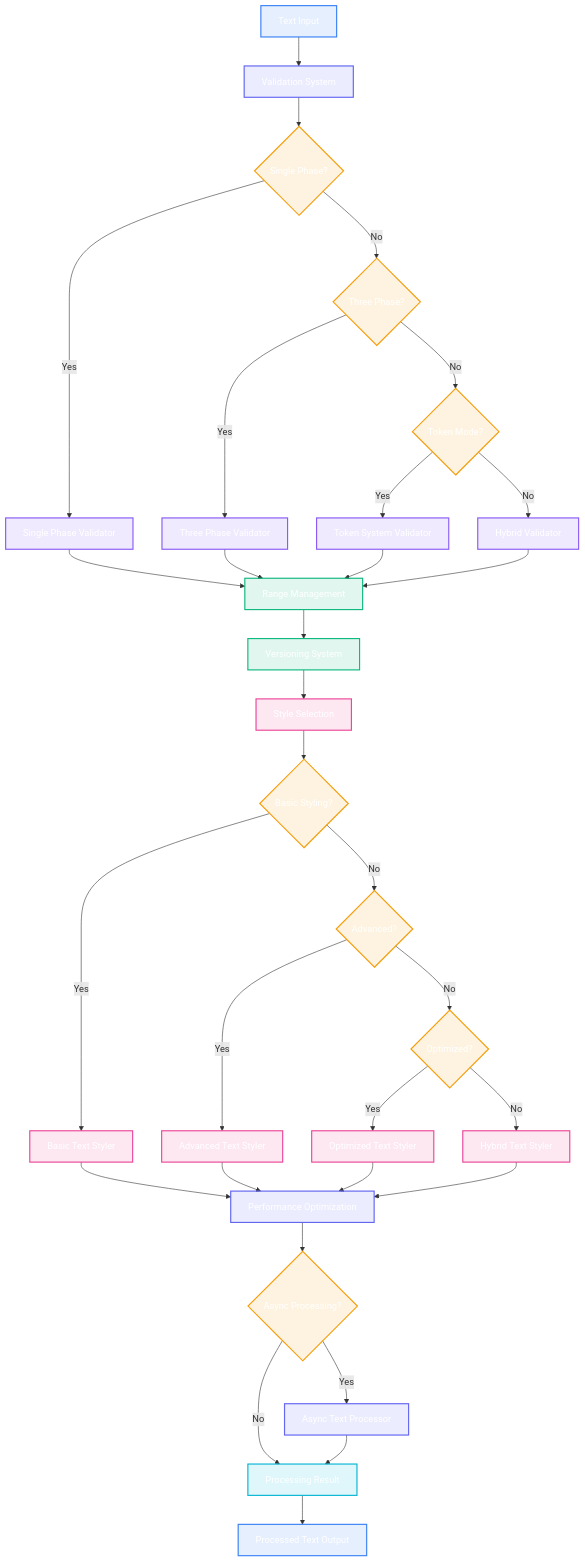
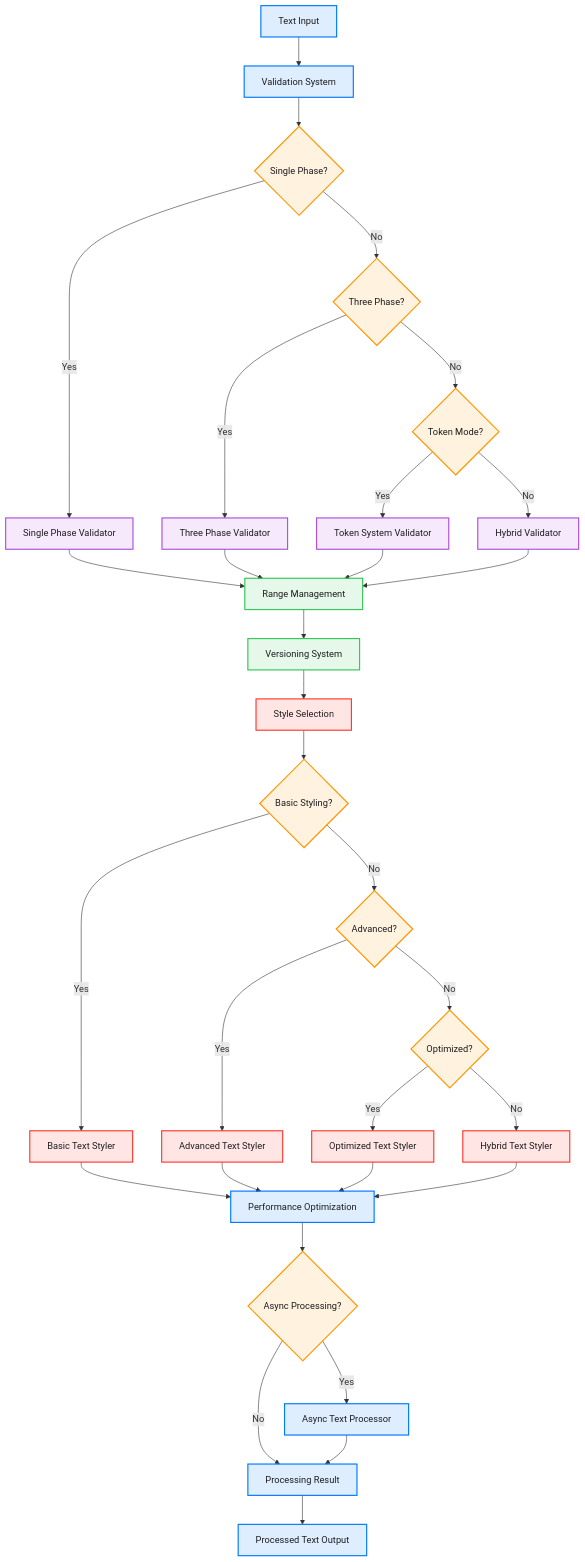
The second of 2 diagrams in Diagrams/17-advanced-text-processing-pipeline.md (ajmcclary/CodeEditorKit), drawn with Mermaid before and after one commit. The commit also changed other lines of this file and 25 other files, not shown here.

First line of the commit message:
Refactor diagram color schemes for dark mode compatibility and semantic clarity

````diff
--- a/Diagrams/17-advanced-text-processing-pipeline.md
+++ b/Diagrams/17-advanced-text-processing-pipeline.md
@@ -368,78 +368,78 @@
 ```mermaid
 flowchart TB
     INPUT[Text Input] --> VALIDATE[Validation System]
     
     VALIDATE --> SINGLE{Single Phase?}
     SINGLE -->|Yes| SINGLEV[Single Phase Validator]
     SINGLE -->|No| THREE{Three Phase?}
     
     THREE -->|Yes| THREEV[Three Phase Validator]
     THREE -->|No| TOKEN{Token Mode?}
     
     TOKEN -->|Yes| TOKENV[Token System Validator]
     TOKEN -->|No| HYBRID[Hybrid Validator]
     
     SINGLEV --> RANGE[Range Management]
     THREEV --> RANGE
     TOKENV --> RANGE
     HYBRID --> RANGE
     
     RANGE --> VERSION[Versioning System]
     VERSION --> STYLE[Style Selection]
     
     STYLE --> BASIC{Basic Styling?}
     BASIC -->|Yes| BASICS[Basic Text Styler]
     BASIC -->|No| ADVANCED{Advanced?}
     
     ADVANCED -->|Yes| ADVS[Advanced Text Styler]
     ADVANCED -->|No| OPTIM{Optimized?}
     
     OPTIM -->|Yes| OPTS[Optimized Text Styler]
     OPTIM -->|No| HYBS[Hybrid Text Styler]
     
     BASICS --> OPTIMIZE[Performance Optimization]
     ADVS --> OPTIMIZE
     OPTS --> OPTIMIZE
     HYBS --> OPTIMIZE
     
     OPTIMIZE --> ASYNC{Async Processing?}
     ASYNC -->|Yes| ASYNCP[Async Text Processor]
     ASYNC -->|No| RESULT[Processing Result]
     
     ASYNCP --> RESULT
     RESULT --> OUTPUT[Processed Text Output]
 
     %% Styling - Dark mode friendly colors
-    classDef input fill:#3b82f620,stroke:#3b82f6,stroke-width:2px,color:#fff
-    classDef process fill:#6366f120,stroke:#6366f1,stroke-width:2px,color:#fff
-    classDef decision fill:#f59e0b20,stroke:#f59e0b,stroke-width:2px,color:#fff
-    classDef validator fill:#8b5cf620,stroke:#8b5cf6,stroke-width:2px,color:#fff
-    classDef system fill:#10b98120,stroke:#10b981,stroke-width:2px,color:#fff
-    classDef styler fill:#ec489920,stroke:#ec4899,stroke-width:2px,color:#fff
-    classDef output fill:#06b6d420,stroke:#06b6d4,stroke-width:2px,color:#fff
+    classDef input fill:#007AFF20,stroke:#007AFF,stroke-width:2px,color:#1D1D1F
+    classDef process fill:#007AFF20,stroke:#007AFF,stroke-width:2px,color:#1D1D1F
+    classDef decision fill:#FF950020,stroke:#FF9500,stroke-width:2px,color:#1D1D1F
+    classDef validator fill:#AF52DE20,stroke:#AF52DE,stroke-width:2px,color:#1D1D1F
+    classDef system fill:#34C75920,stroke:#34C759,stroke-width:2px,color:#1D1D1F
+    classDef styler fill:#FF3B3020,stroke:#FF3B30,stroke-width:2px,color:#1D1D1F
+    classDef output fill:#007AFF20,stroke:#007AFF,stroke-width:2px,color:#1D1D1F
     
     class INPUT input
     class OUTPUT input
     class VALIDATE process
     class OPTIMIZE process
     class ASYNCP process
     class SINGLE decision
     class THREE decision
     class TOKEN decision
     class BASIC decision
     class ADVANCED decision
     class OPTIM decision
     class ASYNC decision
     class SINGLEV validator
     class THREEV validator
     class TOKENV validator
     class HYBRID validator
     class RANGE system
     class VERSION system
     class STYLE styler
     class BASICS styler
     class ADVS styler
     class OPTS styler
     class HYBS styler
     class RESULT output
 ```
````
